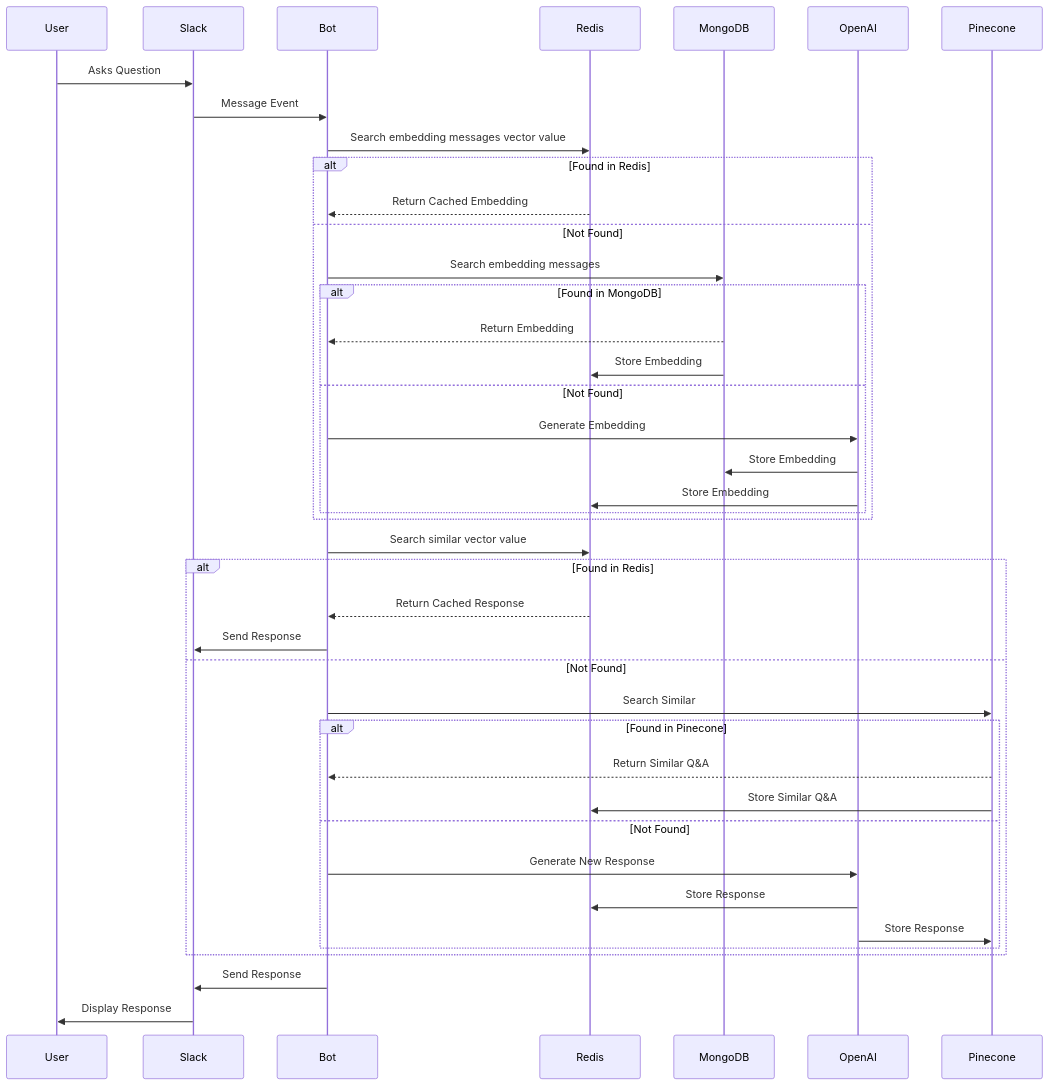
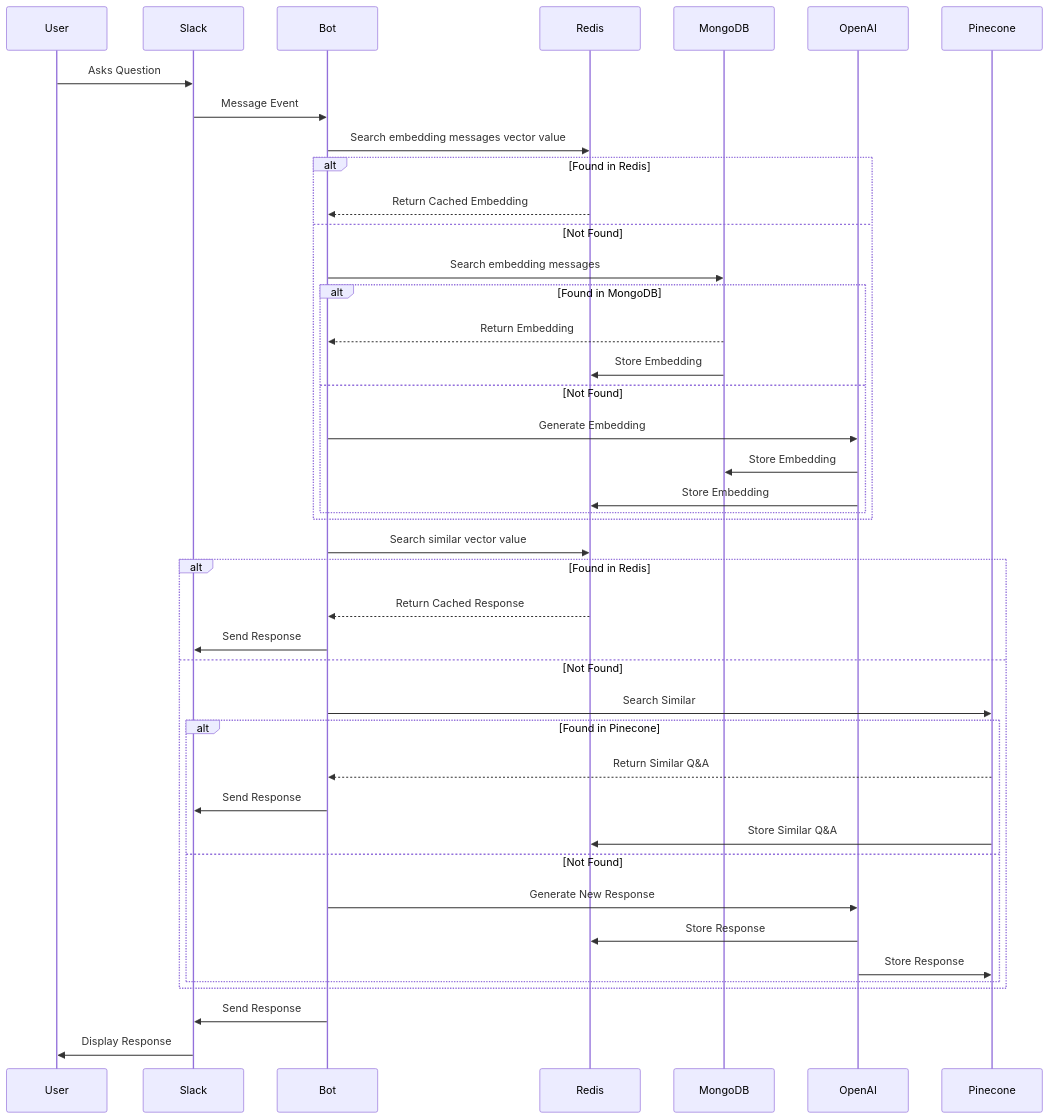
The second of 3 diagrams in README.md (wgod58/slack-bot-ai), drawn with Mermaid before and after one commit.

````diff
--- a/README.md
+++ b/README.md
@@ -106,36 +106,37 @@
    ```mermaid
    sequenceDiagram
        User->>Slack: Asks Question
        Slack->>Bot: Message Event
        Bot->>Redis: Search embedding messages vector value
        alt Found in Redis
            Redis-->>Bot: Return Cached Embedding
        else Not Found
            Bot->>MongoDB: Search embedding messages
            alt Found in MongoDB
                MongoDB-->>Bot: Return Embedding
                MongoDB->>Redis: Store Embedding
            else Not Found
                Bot->>OpenAI: Generate Embedding
                OpenAI->>MongoDB: Store Embedding
                OpenAI->>Redis: Store Embedding
            end
        end
        Bot->>Redis: Search similar vector value
        alt Found in Redis
            Redis-->>Bot: Return Cached Response
            Bot->>Slack: Send Response
        else Not Found
            Bot->>Pinecone: Search Similar
            alt Found in Pinecone
                Pinecone-->>Bot: Return Similar Q&A
+               Bot->>Slack: Send Response
                Pinecone->>Redis: Store Similar Q&A
            else Not Found
                Bot->>OpenAI: Generate New Response
                OpenAI->>Redis: Store Response
                OpenAI->>Pinecone: Store Response
            end
        end
        Bot->>Slack: Send Response
        Slack->>User: Display Response
    ```
````
